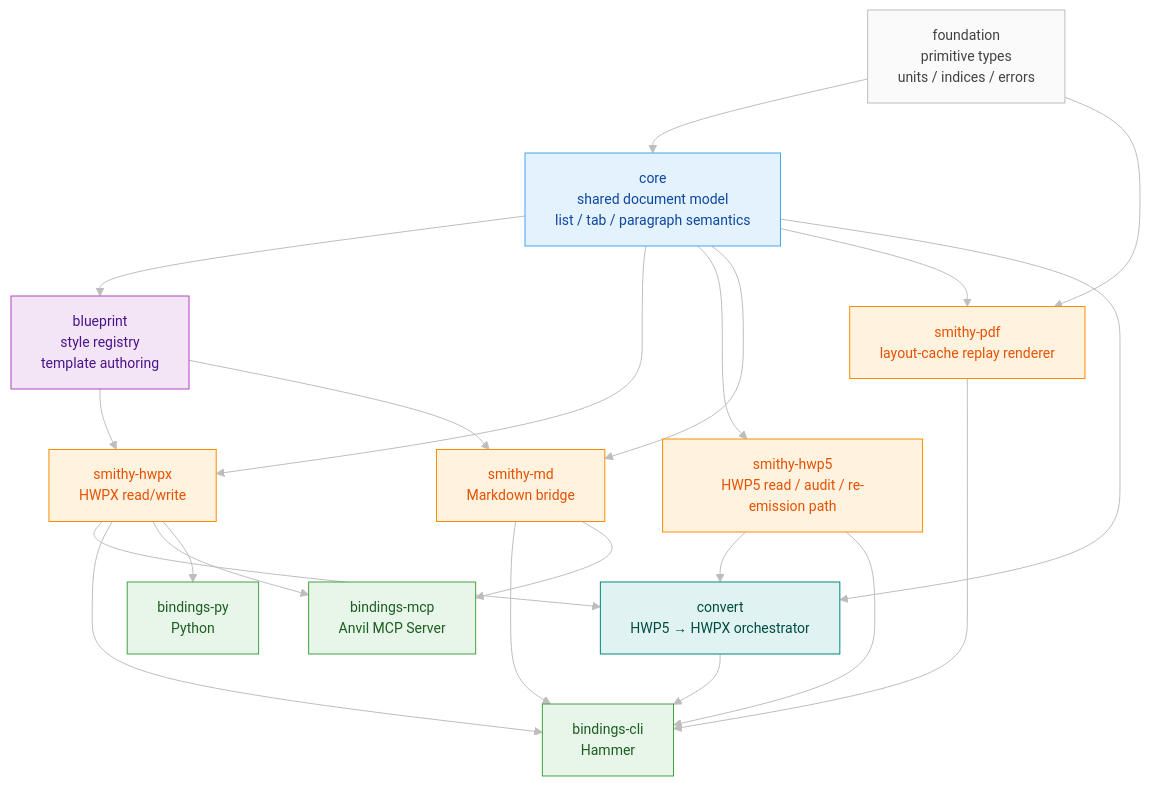
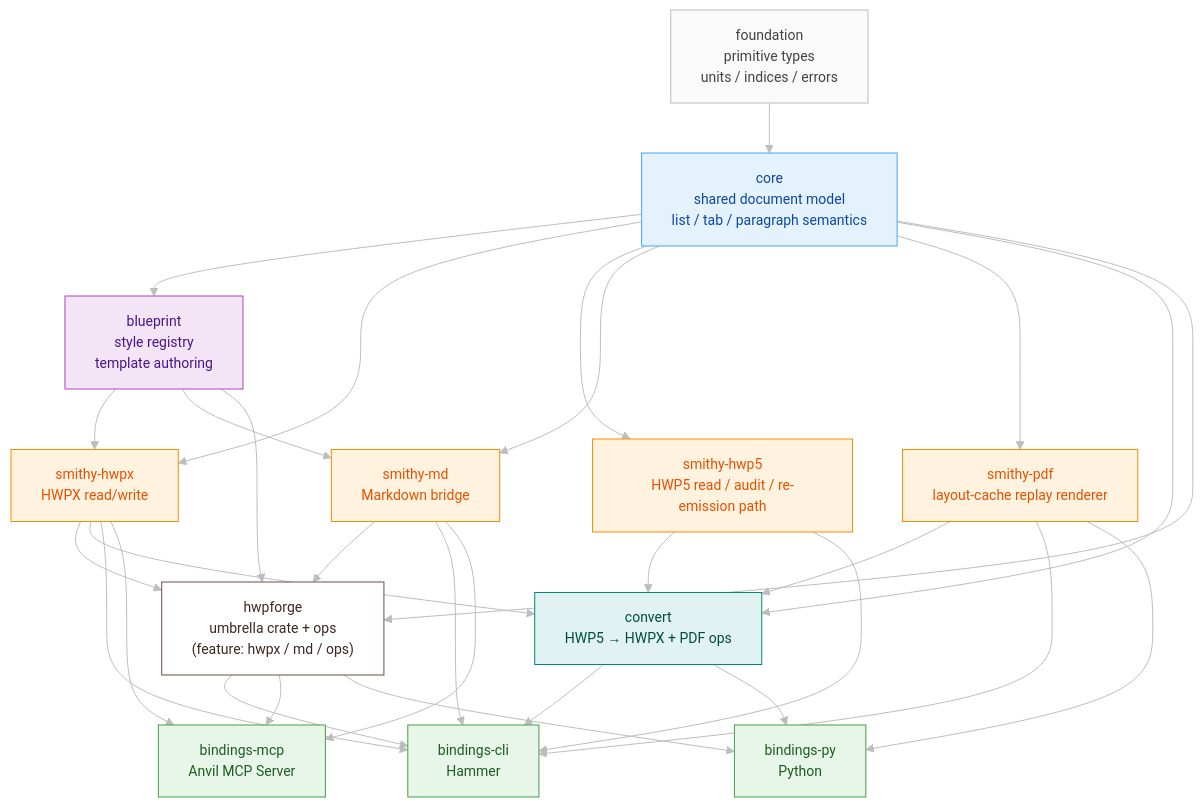
One commit to ai-screams/HwpForge changed the first of 2 diagrams in README.md. Above: the diagram before and after it, drawn with Mermaid. The commit also changed other lines of this file and 5 other files, not shown here.

````diff
--- a/README.md
+++ b/README.md
@@ -456,47 +458,57 @@
 ```mermaid
 %%{init: {'theme': 'base', 'themeVariables': {'fontSize': '14px', 'lineColor': '#BDBDBD'}}}%%
 flowchart TB
     F["foundation<br/>primitive types<br/>units / indices / errors"]:::foundation
     C["core<br/>shared document model<br/>list / tab / paragraph semantics"]:::core
     B["blueprint<br/>style registry<br/>template authoring"]:::blueprint
 
     SHX["smithy-hwpx<br/>HWPX read/write"]:::smithy
     SH5["smithy-hwp5<br/>HWP5 read / audit / re-emission path"]:::smithy
     SMD["smithy-md<br/>Markdown bridge"]:::smithy
     SPDF["smithy-pdf<br/>layout-cache replay renderer"]:::smithy
 
-    CONV["convert<br/>HWP5 → HWPX orchestrator"]:::convert
+    HWPF["hwpforge<br/>umbrella crate + ops<br/>(feature: hwpx / md / ops)"]:::umbrella
+    CONV["convert<br/>HWP5 → HWPX + PDF ops"]:::convert
 
     CLI["bindings-cli<br/>Hammer"]:::binding
     MCP["bindings-mcp<br/>Anvil MCP Server"]:::binding
     PY["bindings-py<br/>Python"]:::binding
 
     F --> C
     C --> B
     C --> SHX
     C --> SH5
     C --> SMD
-    F --> SPDF
     C --> SPDF
+    C --> CONV
+    C --> HWPF
     B --> SHX
     B --> SMD
-    C --> CONV
+    B --> HWPF
+    SHX --> HWPF
+    SMD --> HWPF
     SHX --> CONV
     SH5 --> CONV
+    SPDF --> CONV
+    HWPF --> CLI
     SHX --> CLI
     SH5 --> CLI
     SMD --> CLI
     SPDF --> CLI
     CONV --> CLI
+    HWPF --> MCP
     SHX --> MCP
     SMD --> MCP
-    SHX --> PY
+    HWPF --> PY
+    CONV --> PY
+    SPDF --> PY
 
     classDef file fill:#FFFDE7,stroke:#F9A825,color:#5D4037
     classDef smithy fill:#FFF3E0,stroke:#FB8C00,color:#E65100
     classDef convert fill:#E0F2F1,stroke:#00897B,color:#004D40
     classDef core fill:#E3F2FD,stroke:#42A5F5,color:#0D47A1
     classDef blueprint fill:#F3E5F5,stroke:#AB47BC,color:#4A148C
     classDef foundation fill:#FAFAFA,stroke:#BDBDBD,color:#424242
+    classDef umbrella fill:#FFFFFF,stroke:#6D4C41,color:#3E2723
     classDef binding fill:#E8F5E9,stroke:#43A047,color:#1B5E20
 ```
````
